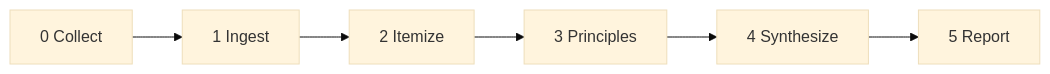
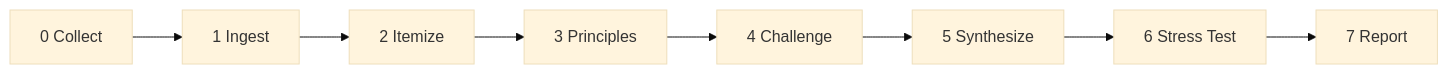
The diagram in tools/vasa.md (cppalliance/tools-public), drawn with Mermaid (base theme) before and after one commit. The commit also changed other lines of this file and 7 other files, not shown here.

First line of the commit message:
Add Challenge and Stress Test phases to Vasa pipeline

````diff
--- a/tools/vasa.md
+++ b/tools/vasa.md
@@ -17,8 +19,10 @@
 ```mermaid
 flowchart LR
     A["0 Collect"] --> B["1 Ingest"]
     B --> C["2 Itemize"]
     C --> D["3 Principles"]
-    D --> E["4 Synthesize"]
-    E --> F["5 Report"]
+    D --> E["4 Challenge"]
+    E --> F["5 Synthesize"]
+    F --> G["6 Stress Test"]
+    G --> H["7 Report"]
 ```
````
